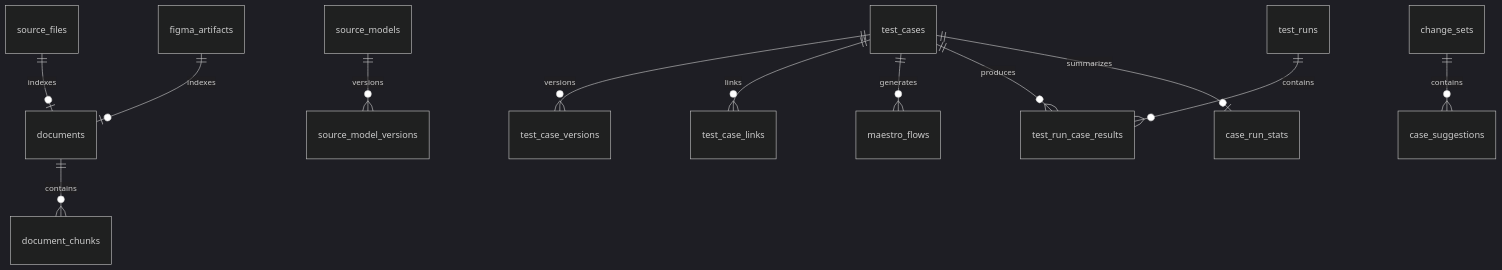
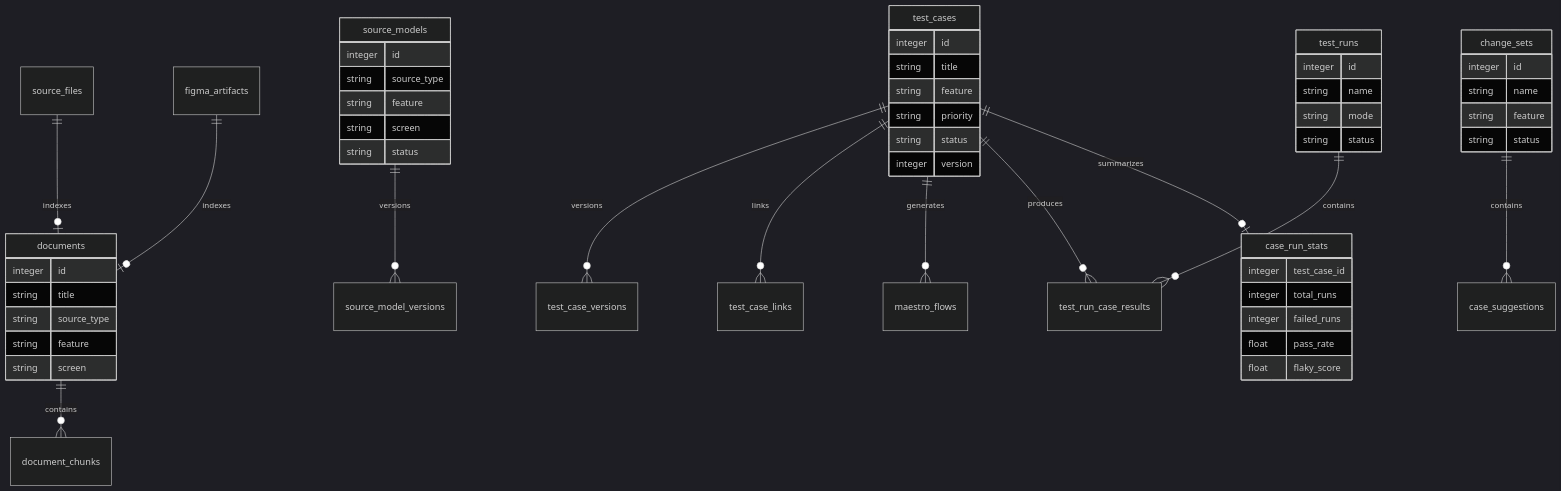
One commit to Campaignhatsecretin185/ai-design2test changed the fifth of 5 diagrams in DESIGN.md. Above: the diagram before and after it, drawn with Mermaid (dark theme). The commit also changed other lines of this file, not shown here.

````diff
--- a/DESIGN.md
+++ b/DESIGN.md
@@ -362,14 +362,61 @@
 ```mermaid
 erDiagram
   documents ||--o{ document_chunks : contains
   source_files ||--o| documents : indexes
   source_models ||--o{ source_model_versions : versions
   figma_artifacts ||--o| documents : indexes
   test_cases ||--o{ test_case_versions : versions
   test_cases ||--o{ test_case_links : links
   test_cases ||--o{ maestro_flows : generates
   test_runs ||--o{ test_run_case_results : contains
   test_cases ||--o{ test_run_case_results : produces
   test_cases ||--o| case_run_stats : summarizes
   change_sets ||--o{ case_suggestions : contains
+
+  documents {
+    integer id
+    string title
+    string source_type
+    string feature
+    string screen
+  }
+
+  test_cases {
+    integer id
+    string title
+    string feature
+    string priority
+    string status
+    integer version
+  }
+
+  test_runs {
+    integer id
+    string name
+    string mode
+    string status
+  }
+
+  case_run_stats {
+    integer test_case_id
+    integer total_runs
+    integer failed_runs
+    float pass_rate
+    float flaky_score
+  }
+
+  source_models {
+    integer id
+    string source_type
+    string feature
+    string screen
+    string status
+  }
+
+  change_sets {
+    integer id
+    string name
+    string feature
+    string status
+  }
 ```
````
